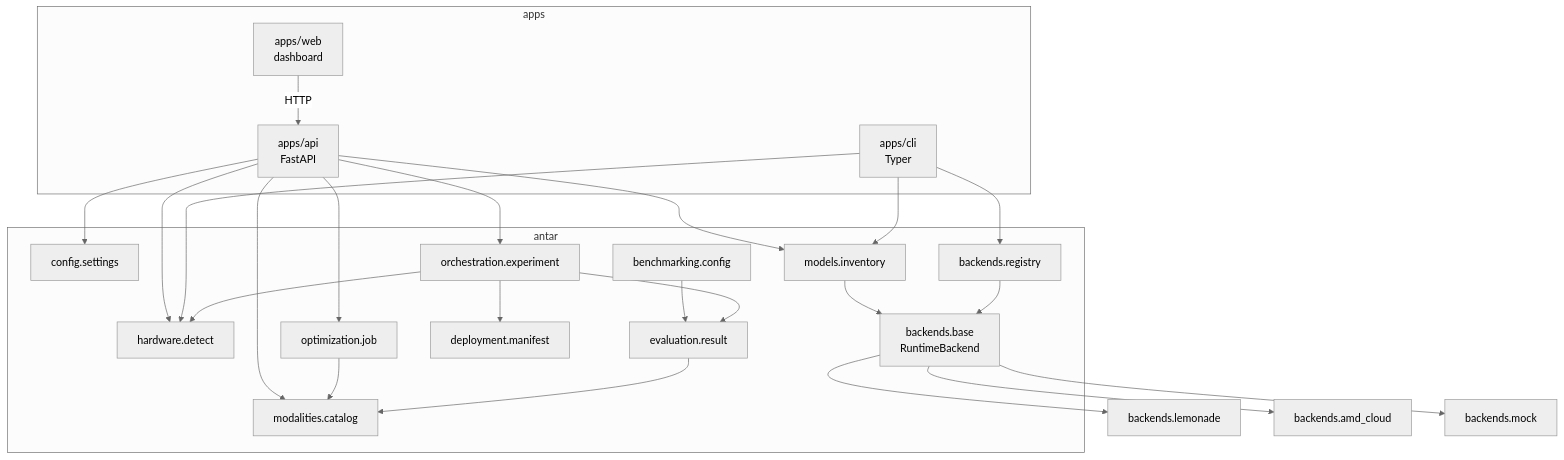
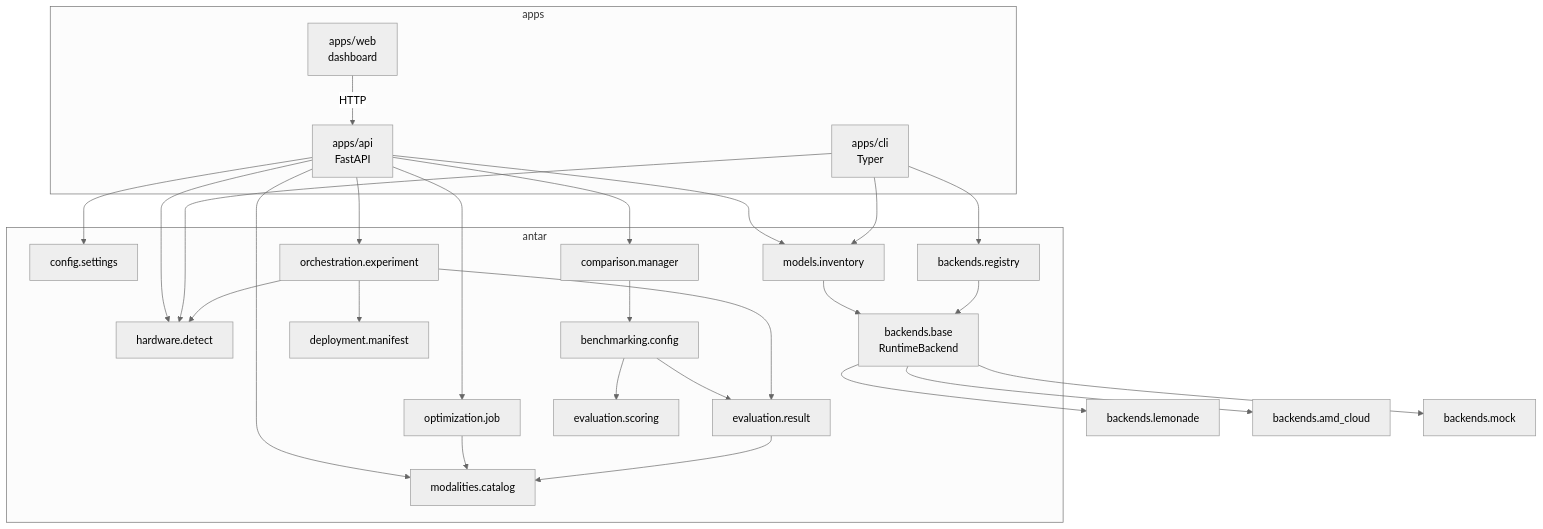
One commit to ashutoshjoshi1/Antar changed the first of 2 diagrams in docs/architecture/overview.md. Above: the diagram before and after it, drawn with Mermaid (neutral theme). The commit also changed other lines of this file and 135 other files, not shown here.

````diff
--- a/docs/architecture/overview.md
+++ b/docs/architecture/overview.md
@@ -18,30 +18,35 @@
 ```mermaid
 flowchart TB
     subgraph apps
         web[apps/web<br/>dashboard]
         api[apps/api<br/>FastAPI]
         cli[apps/cli<br/>Typer]
     end
     subgraph antar
         config[config.settings]
         hardware[hardware.detect]
         inventory[models.inventory]
         catalog[modalities.catalog]
         job[optimization.job]
         bench[benchmarking.config]
         eval[evaluation.result]
         experiment[orchestration.experiment]
         manifest[deployment.manifest]
+        comparison[comparison.manager]
+        scoring[evaluation.scoring]
         registry[backends.registry]
         base[backends.base<br/>RuntimeBackend]
     end
     web -->|HTTP| api
     api --> config & hardware & inventory & catalog & job & experiment
     cli --> hardware & inventory & registry
     inventory --> base
     registry --> base
     base --> lemonade[backends.lemonade] & amd[backends.amd_cloud] & mock[backends.mock]
+    api --> comparison
+    comparison --> bench
+    bench --> scoring
     job --> catalog
     bench --> eval --> catalog
     experiment --> eval & manifest & hardware
 ```
````
